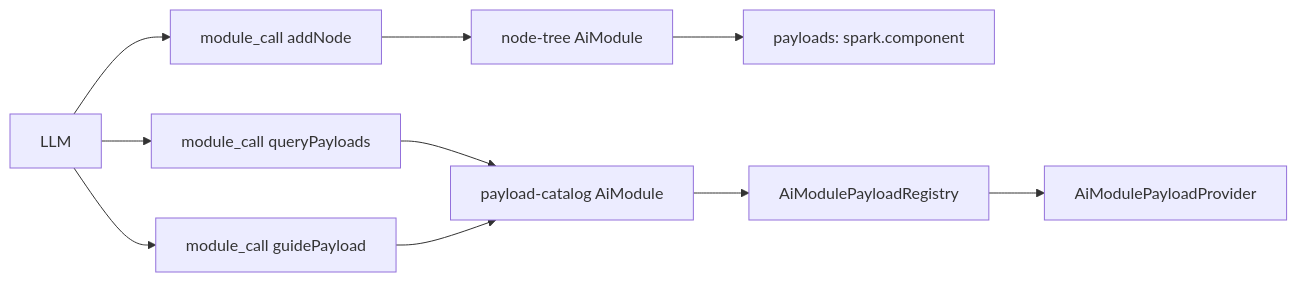
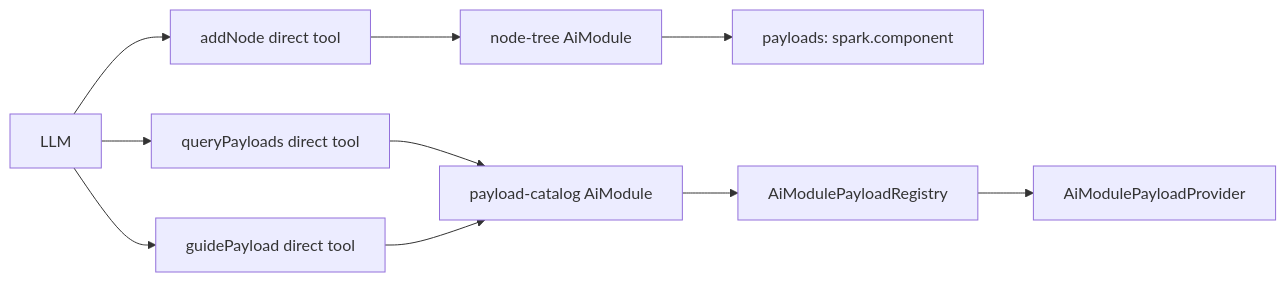
The sixth of 6 diagrams in docs/ai/spark-ai-registration-usage-guide.md (LMSpark/spark-view-vue), drawn with Mermaid before and after one commit. The commit also changed other lines of this file and 244 other files, not shown here.

````diff
--- a/docs/ai/spark-ai-registration-usage-guide.md
+++ b/docs/ai/spark-ai-registration-usage-guide.md
@@ -699,13 +700,13 @@
 ```mermaid
 flowchart LR
   TargetModule[node-tree AiModule] --> Decl[payloads: spark.component]
   CatalogModule[payload-catalog AiModule] --> Registry[AiModulePayloadRegistry]
   Registry --> Provider[AiModulePayloadProvider]
 
-  LLM[LLM] --> Q[module_call queryPayloads]
+  LLM[LLM] --> Q[queryPayloads direct tool]
   Q --> CatalogModule
-  LLM --> G[module_call guidePayload]
+  LLM --> G[guidePayload direct tool]
   G --> CatalogModule
-  LLM --> C[module_call addNode]
+  LLM --> C[addNode direct tool]
   C --> TargetModule
 ```
````
